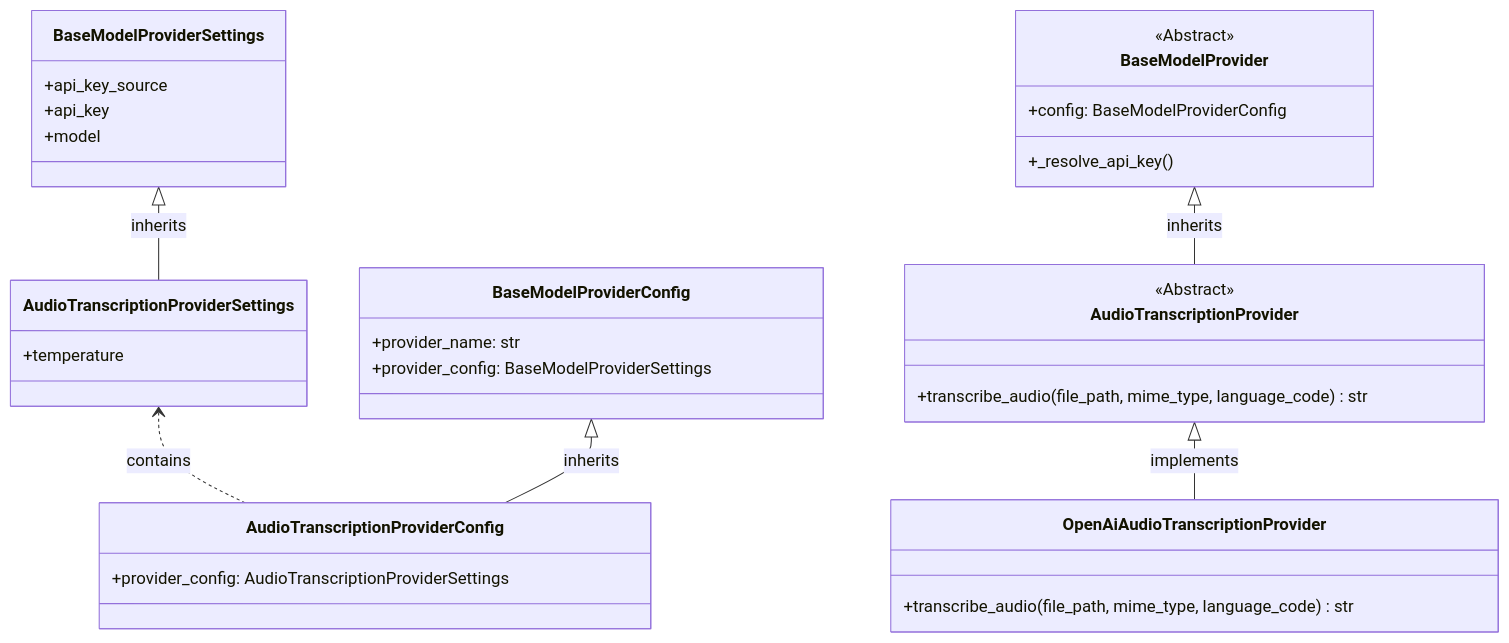
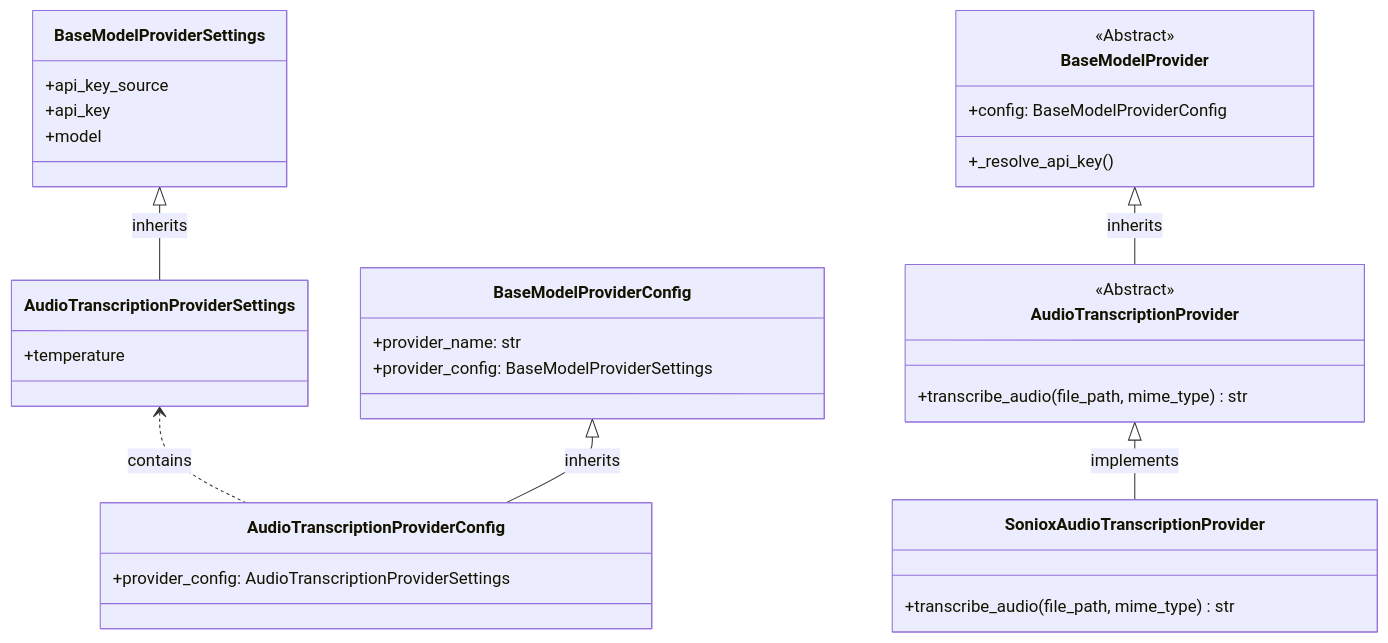
The diagram in docs/audioTranscriptSupport/audioTranscriptSupport_specFile.md (python-ai-bootcamp/myChatImposter), drawn with Mermaid before and after one commit. The commit also changed other lines of this file, not shown here.

````diff
--- a/docs/audioTranscriptSupport/audioTranscriptSupport_specFile.md
+++ b/docs/audioTranscriptSupport/audioTranscriptSupport_specFile.md
@@ -60,47 +63,47 @@
 ```mermaid
 classDiagram
     direction BT
 
     class BaseModelProviderSettings {
         +api_key_source
         +api_key
         +model
     }
     
     class AudioTranscriptionProviderSettings {
         +temperature
     }
 
     AudioTranscriptionProviderSettings --|> BaseModelProviderSettings : inherits
 
     class BaseModelProviderConfig {
         +provider_name: str
         +provider_config: BaseModelProviderSettings
     }
 
     class AudioTranscriptionProviderConfig {
         +provider_config: AudioTranscriptionProviderSettings
     }
 
     AudioTranscriptionProviderConfig --|> BaseModelProviderConfig : inherits
     AudioTranscriptionProviderConfig ..> AudioTranscriptionProviderSettings : contains
 
     class BaseModelProvider {
         <<Abstract>>
         +config: BaseModelProviderConfig
         +_resolve_api_key()
     }
     
     class AudioTranscriptionProvider {
         <<Abstract>>
-        +transcribe_audio(file_path, mime_type, language_code) str
+        +transcribe_audio(file_path, mime_type) str
     }
 
     AudioTranscriptionProvider --|> BaseModelProvider : inherits
 
-    class OpenAiAudioTranscriptionProvider {
-        +transcribe_audio(file_path, mime_type, language_code) str
+    class SonioxAudioTranscriptionProvider {
+        +transcribe_audio(file_path, mime_type) str
     }
     
-    OpenAiAudioTranscriptionProvider --|> AudioTranscriptionProvider : implements
+    SonioxAudioTranscriptionProvider --|> AudioTranscriptionProvider : implements
 ```
````
